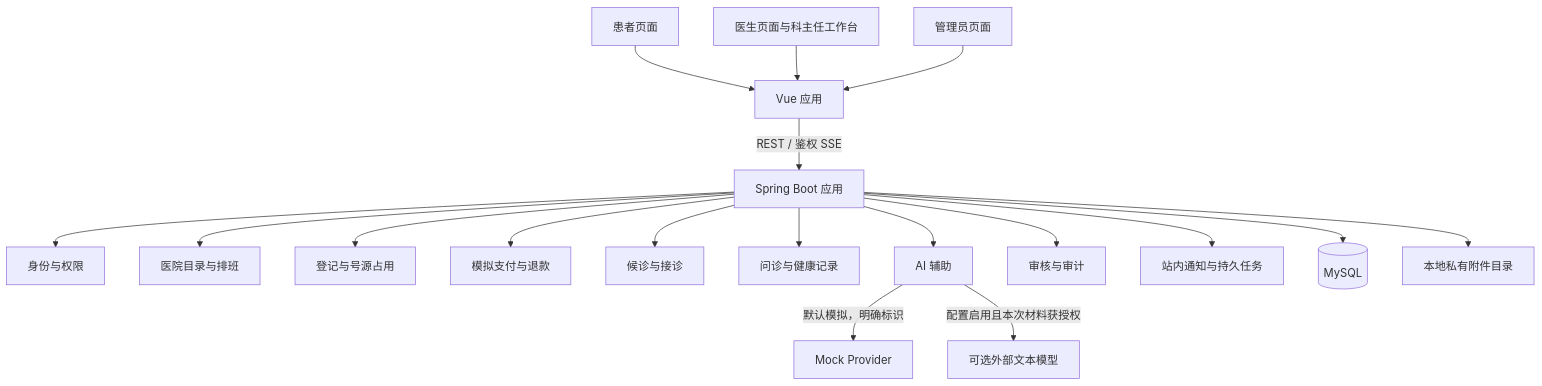
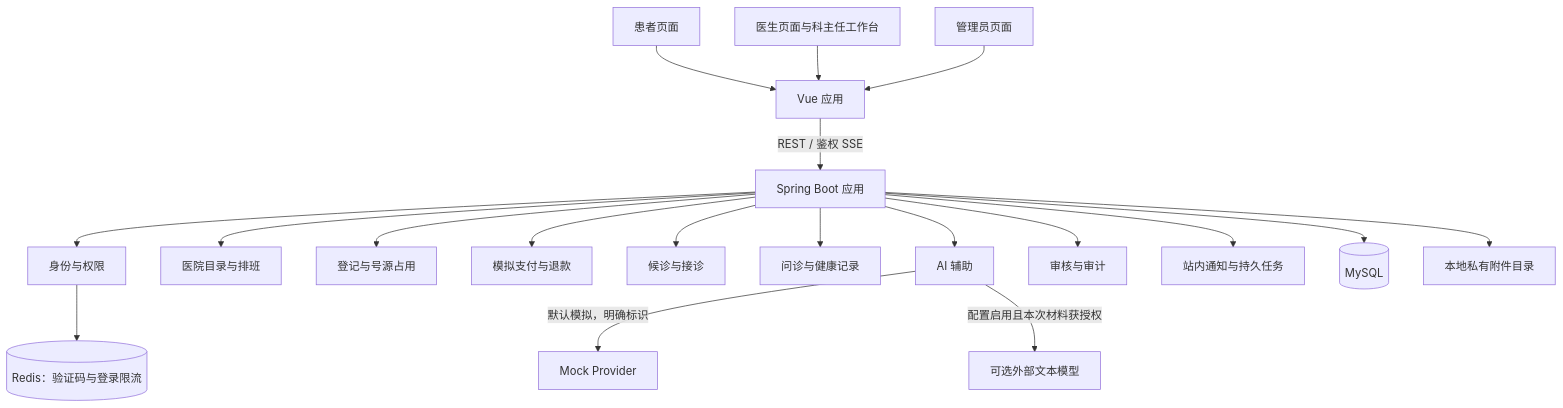
The first of 7 diagrams in docs/design/architecture.md (hanyiyo/My-Git), drawn with Mermaid before and after one commit. The commit also changed other lines of this file and 8 other files, not shown here.

````diff
--- a/docs/design/architecture.md
+++ b/docs/design/architecture.md
@@ -11,20 +11,21 @@
 ```mermaid
 flowchart TB
     Patient[患者页面] --> Web[Vue 应用]
     Doctor[医生页面与科主任工作台] --> Web
     Admin[管理员页面] --> Web
     Web -->|REST / 鉴权 SSE| App[Spring Boot 应用]
     App --> Identity[身份与权限]
     App --> Catalog[医院目录与排班]
     App --> Booking[登记与号源占用]
     App --> Billing[模拟支付与退款]
     App --> Reception[候诊与接诊]
     App --> Clinical[问诊与健康记录]
     App --> AI[AI 辅助]
     App --> Governance[审核与审计]
     App --> Delivery[站内通知与持久任务]
     App --> DB[(MySQL)]
+    Identity --> Redis[(Redis：验证码与登录限流)]
     App --> Files[本地私有附件目录]
     AI -->|默认模拟，明确标识| Mock[Mock Provider]
     AI -->|配置启用且本次材料获授权| Provider[可选外部文本模型]
 ```
````
